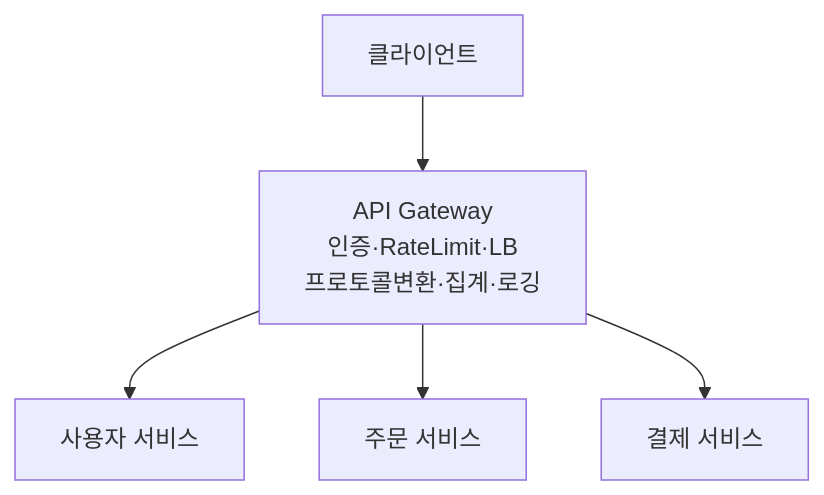
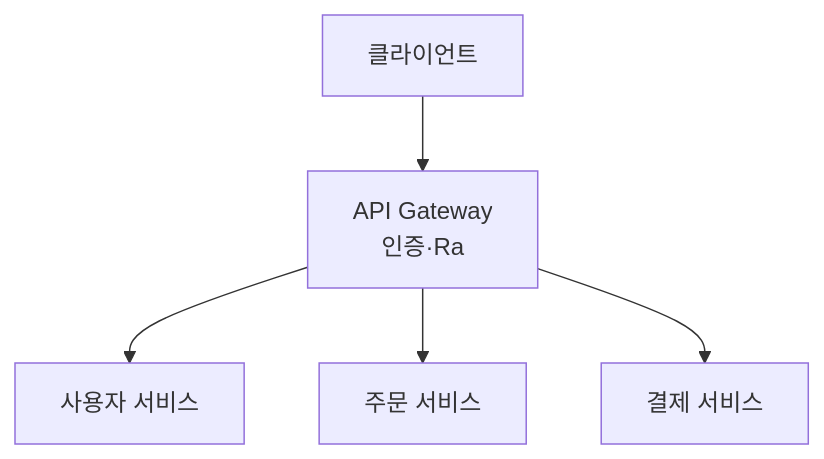
Before and after one commit to yjkim2015/yjkim2015.github.io: the sixth of 15 diagrams in _posts/architecture/2026-05-02-msa-deep.md, drawn with Mermaid. The commit also changed other lines of this file and 271 other files, not shown here.

First line of the commit message:
Mermaid 라벨 축소: 긴 노드 텍스트 18자 이하로 트림 + \n 제거

````diff
--- a/_posts/architecture/2026-05-02-msa-deep.md
+++ b/_posts/architecture/2026-05-02-msa-deep.md
@@ -107,7 +107,7 @@
 ```mermaid
 graph TD
-    Client["클라이언트"] --> AG["API Gateway\n인증·RateLimit·LB\n프로토콜변환·집계·로깅"]
+    Client["클라이언트"] --> AG["API Gateway\n인증·Ra"]
     AG --> US["사용자 서비스"]
     AG --> OS["주문 서비스"]
     AG --> PS["결제 서비스"]
 ```
````
